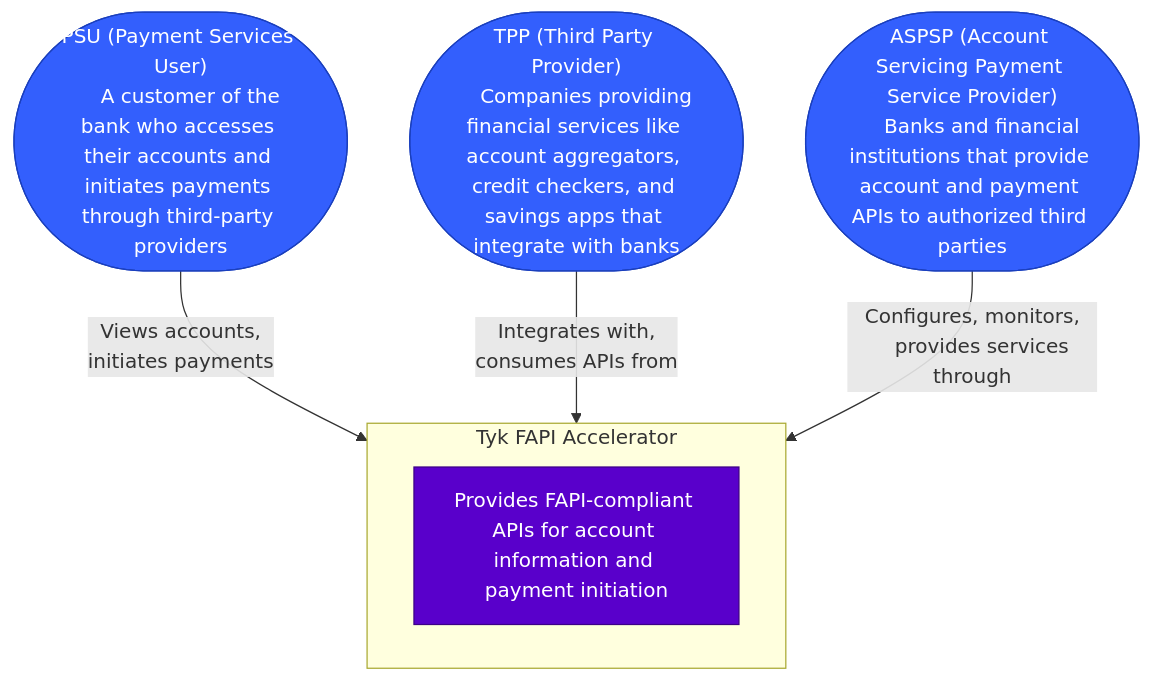
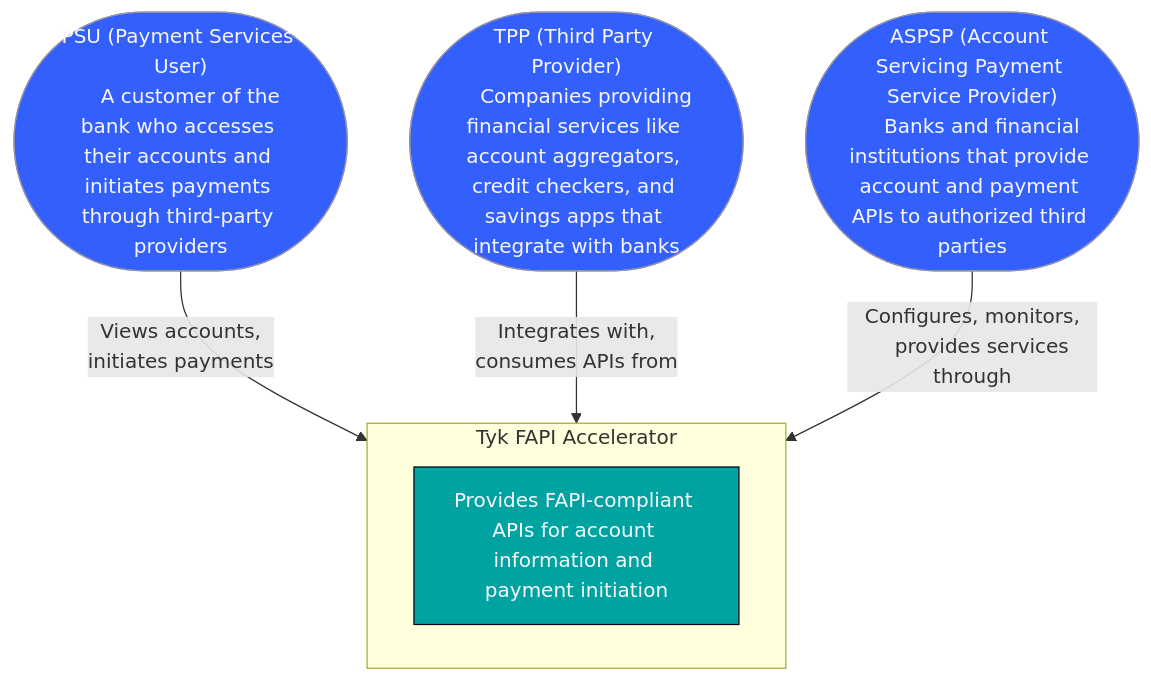
One commit to TykTechnologies/tyk-docs-hugo changed the first of 4 diagrams in tyk-docs/content/use-cases/open-banking.md. Above: the diagram before and after it, drawn with Mermaid. The commit also changed other lines of this file, not shown here.

````diff
--- a/tyk-docs/content/use-cases/open-banking.md
+++ b/tyk-docs/content/use-cases/open-banking.md
@@ -48,29 +48,29 @@
 ```mermaid
 flowchart TB
     %% People/Actors
     psu(["PSU (Payment Services User)
     A customer of the bank who accesses their accounts and initiates payments through third-party providers"])
     tpp(["TPP (Third Party Provider)
     Companies providing financial services like account aggregators, credit checkers, and savings apps that integrate with banks"])
     aspsp(["ASPSP (Account Servicing Payment Service Provider)
     Banks and financial institutions that provide account and payment APIs to authorized third parties"])
     
     %% Systems
     subgraph tykFAPI ["Tyk FAPI Accelerator"]
         tykFAPISystem["Provides FAPI-compliant APIs for account information and payment initiation"]
     end
     
     %% Relationships
     psu -->|"Views accounts,
     initiates payments"| tykFAPI
     tpp -->|"Integrates with,
     consumes APIs from"| tykFAPI
     aspsp -->|"Configures, monitors,
     provides services through"| tykFAPI
     
     %% Styling
-    classDef person fill:#335FFD,color:#fff,stroke:#1A3FBD
-    classDef system fill:#5900CB,color:#fff,stroke:#3D0087
+    classDef person fill:#335FFD,color:#F7F7FF,stroke:#9393AA
+    classDef system fill:#00A3A0,color:#F7F7FF,stroke:#03031C
     class psu,tpp,aspsp person
     class tykFAPISystem system
 ```
````
